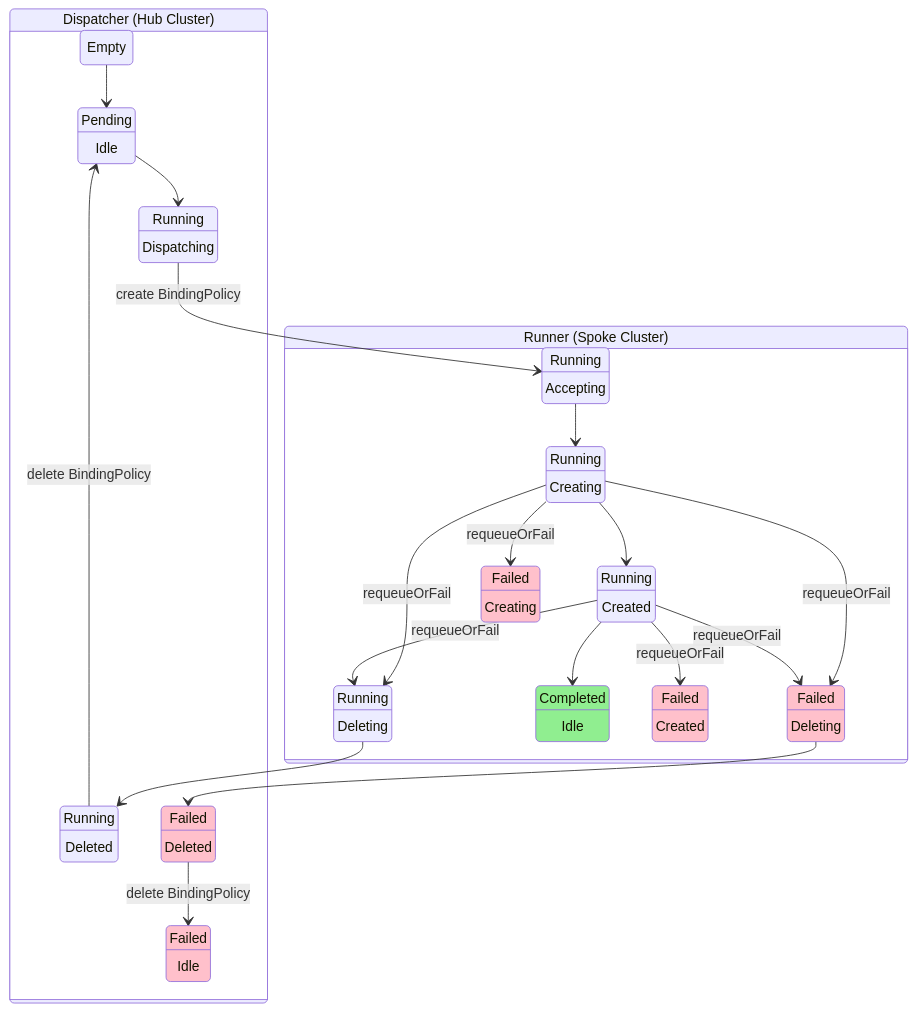
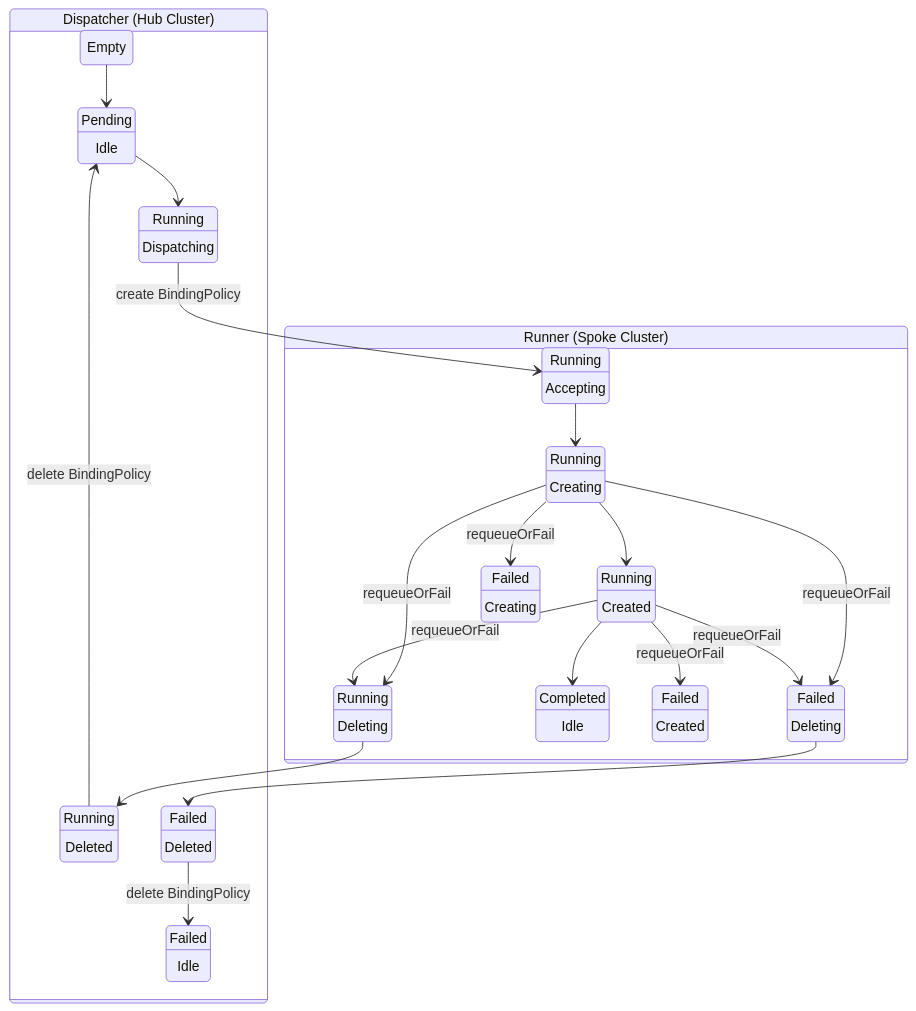
The diagram in docs/mc-state-diagram.md (project-codeflare/mcad), drawn with Mermaid before and after one commit. The commit also changed other lines of this file, not shown here.

Commit message:
drop colors; explictly say which controller handles the transition

````diff
--- a/docs/mc-state-diagram.md
+++ b/docs/mc-state-diagram.md
@@ -6,73 +8,63 @@
 ```mermaid
 stateDiagram-v2
     %% Empty
     e : Empty
 
     %% Queued
     qi : Pending
     qi : Idle
 
     %% Running
     ri : Running
     ri : Dispatching
     ra : Running
     ra : Accepting
     rc : Running
     rc : Creating
     rcd : Running
     rcd : Created
     rd : Running
     rd : Deleting
     rf : Running
     rf : Deleted
 
     %% Succeeded
     si : Completed
     si : Idle
 
     %% Failed
     fc : Failed
     fc : Creating
     fcd : Failed
     fcd : Created
     fd : Failed
     fd : Deleting
     ff : Failed
     ff : Deleted
     fi: Failed
     fi : Idle
 
     Dispatcher : Dispatcher (Hub Cluster)
     state Dispatcher  {
         e --> qi
         qi --> ri
         ri --> ra : create BindingPolicy
         rd --> rf
         rf --> qi : delete BindingPolicy
         fd --> ff
         ff --> fi : delete BindingPolicy
     }
 
     Runner : Runner (Spoke Cluster)
     state Runner {
         ra --> rc
         rc --> rcd
         rcd --> si
         rc --> rd : requeueOrFail
         rcd --> rd : requeueOrFail
         rc --> fc : requeueOrFail
         rc --> fd : requeueOrFail
         rcd --> fcd : requeueOrFail
         rcd --> fd : requeueOrFail
     }
-
-    classDef failed fill:pink
-    class fi failed
-    class fc failed
-    class fcd failed
-    class fd failed
-    class ff failed
-
-    classDef succeeded fill:lightgreen
-    class si succeeded
 ```
````
